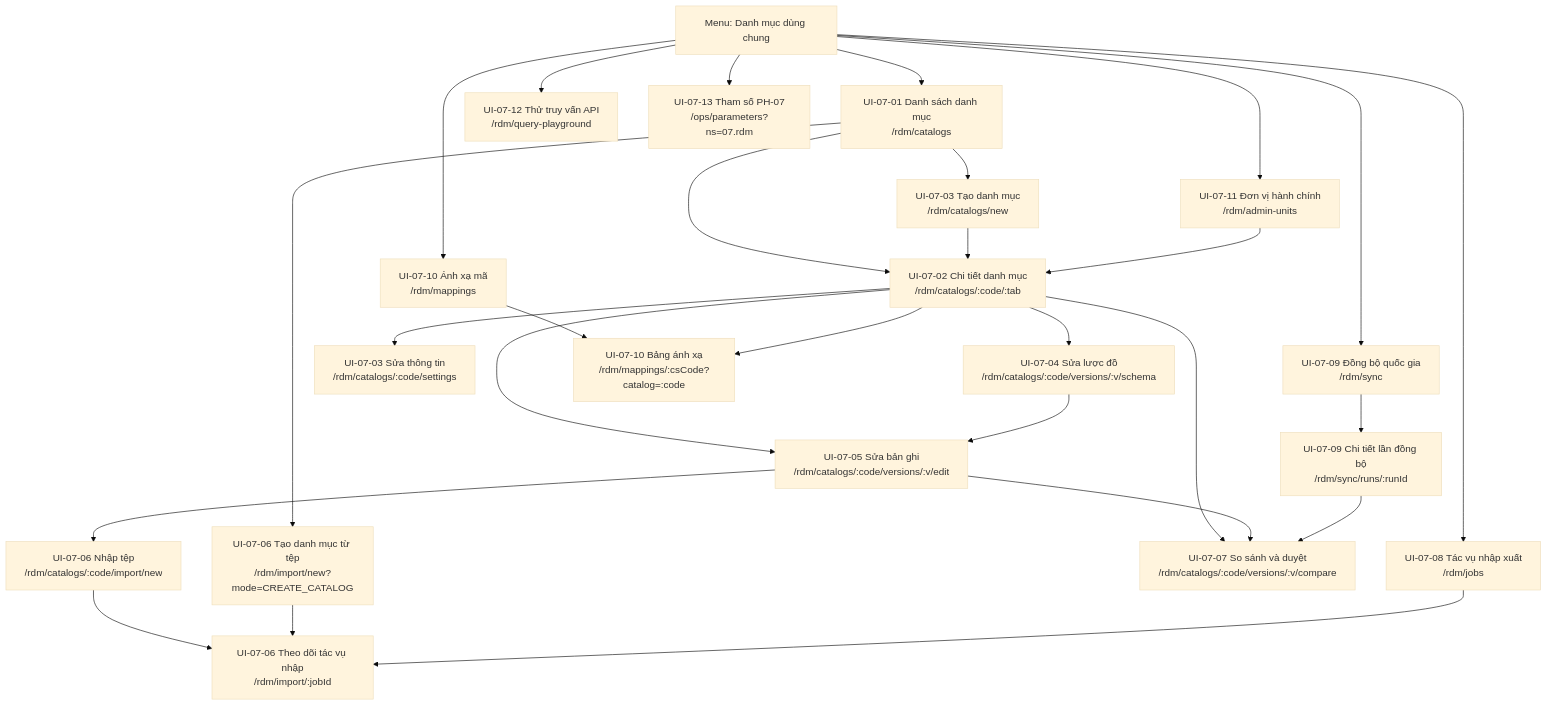
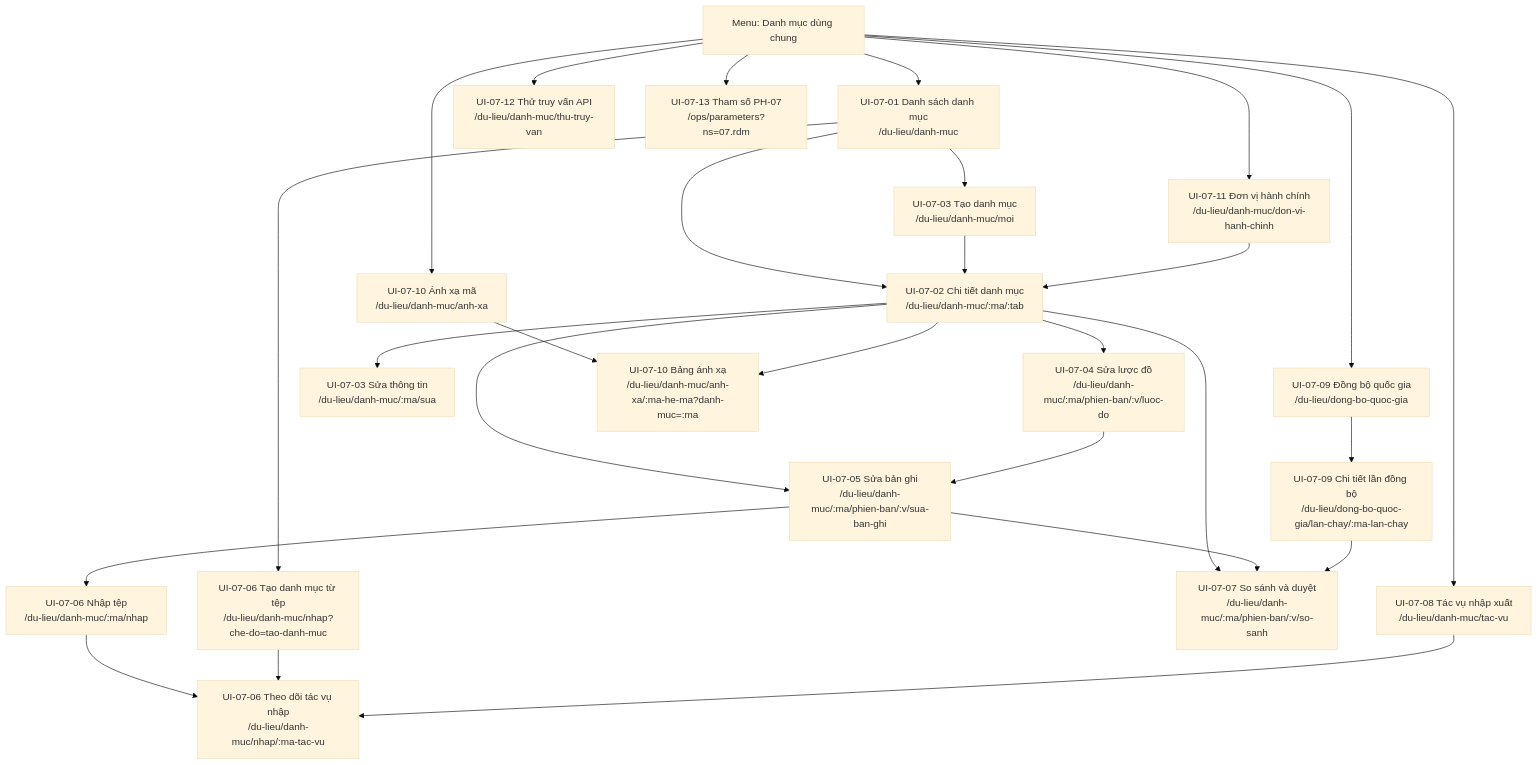
One commit to caprocute/DATAHUB changed the first of 4 diagrams in datahub-docs/03-thiet-ke/uiux/D03-06-PH07-man-hinh-danh-muc.md. Above: the diagram before and after it, drawn with Mermaid (base theme). The commit also changed other lines of this file and 8 other files, not shown here.

````diff
--- a/datahub-docs/03-thiet-ke/uiux/D03-06-PH07-man-hinh-danh-muc.md
+++ b/datahub-docs/03-thiet-ke/uiux/D03-06-PH07-man-hinh-danh-muc.md
@@ -150,30 +153,30 @@
 ```mermaid
 flowchart TB
-    MENU["Menu: Danh mục dùng chung"] --> L["UI-07-01 Danh sách danh mục<br/>/rdm/catalogs"]
-    MENU --> J["UI-07-08 Tác vụ nhập xuất<br/>/rdm/jobs"]
-    MENU --> S["UI-07-09 Đồng bộ quốc gia<br/>/rdm/sync"]
-    MENU --> M["UI-07-10 Ánh xạ mã<br/>/rdm/mappings"]
-    MENU --> A["UI-07-11 Đơn vị hành chính<br/>/rdm/admin-units"]
-    MENU --> Q["UI-07-12 Thử truy vấn API<br/>/rdm/query-playground"]
+    MENU["Menu: Danh mục dùng chung"] --> L["UI-07-01 Danh sách danh mục<br/>/du-lieu/danh-muc"]
+    MENU --> J["UI-07-08 Tác vụ nhập xuất<br/>/du-lieu/danh-muc/tac-vu"]
+    MENU --> S["UI-07-09 Đồng bộ quốc gia<br/>/du-lieu/dong-bo-quoc-gia"]
+    MENU --> M["UI-07-10 Ánh xạ mã<br/>/du-lieu/danh-muc/anh-xa"]
+    MENU --> A["UI-07-11 Đơn vị hành chính<br/>/du-lieu/danh-muc/don-vi-hanh-chinh"]
+    MENU --> Q["UI-07-12 Thử truy vấn API<br/>/du-lieu/danh-muc/thu-truy-van"]
     MENU --> P["UI-07-13 Tham số PH-07<br/>/ops/parameters?ns=07.rdm"]
 
-    L --> N["UI-07-03 Tạo danh mục<br/>/rdm/catalogs/new"]
-    L --> NF["UI-07-06 Tạo danh mục từ tệp<br/>/rdm/import/new?mode=CREATE_CATALOG"]
-    L --> D["UI-07-02 Chi tiết danh mục<br/>/rdm/catalogs/:code/:tab"]
+    L --> N["UI-07-03 Tạo danh mục<br/>/du-lieu/danh-muc/moi"]
+    L --> NF["UI-07-06 Tạo danh mục từ tệp<br/>/du-lieu/danh-muc/nhap?che-do=tao-danh-muc"]
+    L --> D["UI-07-02 Chi tiết danh mục<br/>/du-lieu/danh-muc/:ma/:tab"]
     N --> D
-    D --> E3["UI-07-03 Sửa thông tin<br/>/rdm/catalogs/:code/settings"]
-    D --> SC["UI-07-04 Sửa lược đồ<br/>/rdm/catalogs/:code/versions/:v/schema"]
-    D --> ED["UI-07-05 Sửa bản ghi<br/>/rdm/catalogs/:code/versions/:v/edit"]
-    D --> CP["UI-07-07 So sánh và duyệt<br/>/rdm/catalogs/:code/versions/:v/compare"]
-    ED --> IM["UI-07-06 Nhập tệp<br/>/rdm/catalogs/:code/import/new"]
-    IM --> IJ["UI-07-06 Theo dõi tác vụ nhập<br/>/rdm/import/:jobId"]
+    D --> E3["UI-07-03 Sửa thông tin<br/>/du-lieu/danh-muc/:ma/sua"]
+    D --> SC["UI-07-04 Sửa lược đồ<br/>/du-lieu/danh-muc/:ma/phien-ban/:v/luoc-do"]
+    D --> ED["UI-07-05 Sửa bản ghi<br/>/du-lieu/danh-muc/:ma/phien-ban/:v/sua-ban-ghi"]
+    D --> CP["UI-07-07 So sánh và duyệt<br/>/du-lieu/danh-muc/:ma/phien-ban/:v/so-sanh"]
+    ED --> IM["UI-07-06 Nhập tệp<br/>/du-lieu/danh-muc/:ma/nhap"]
+    IM --> IJ["UI-07-06 Theo dõi tác vụ nhập<br/>/du-lieu/danh-muc/nhap/:ma-tac-vu"]
     NF --> IJ
     J --> IJ
     ED --> CP
     SC --> ED
-    S --> SR["UI-07-09 Chi tiết lần đồng bộ<br/>/rdm/sync/runs/:runId"]
+    S --> SR["UI-07-09 Chi tiết lần đồng bộ<br/>/du-lieu/dong-bo-quoc-gia/lan-chay/:ma-lan-chay"]
     SR --> CP
-    M --> MC["UI-07-10 Bảng ánh xạ<br/>/rdm/mappings/:csCode?catalog=:code"]
+    M --> MC["UI-07-10 Bảng ánh xạ<br/>/du-lieu/danh-muc/anh-xa/:ma-he-ma?danh-muc=:ma"]
     D --> MC
     A --> D
 ```
````
